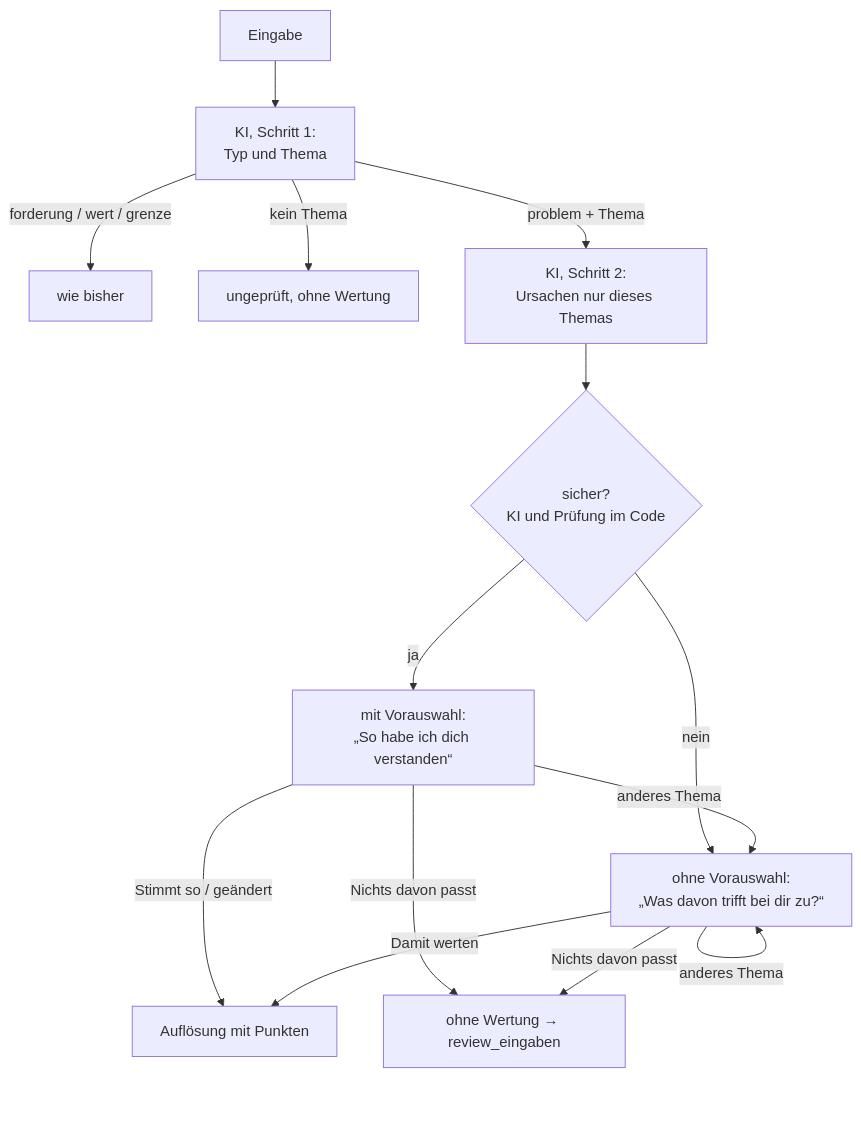
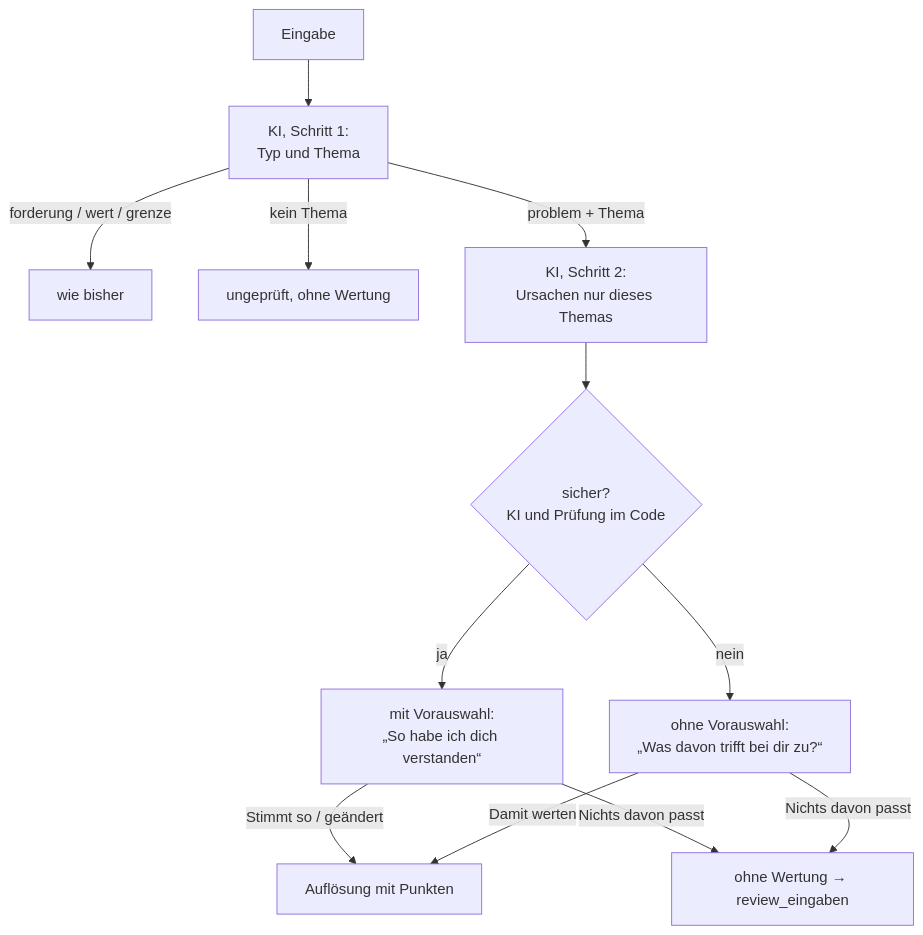
The diagram in docs/plan-zuordnung.md (politik-duell/politik-duell), drawn with Mermaid before and after one commit. The commit also changed other lines of this file and 7 other files, not shown here.

````diff
--- a/docs/plan-zuordnung.md
+++ b/docs/plan-zuordnung.md
@@ -114,16 +114,14 @@
 ```mermaid
 flowchart TD
     E[Eingabe] --> K1[KI, Schritt 1:<br/>Typ und Thema]
     K1 -->|forderung / wert / grenze| W[wie bisher]
     K1 -->|kein Thema| U[ungeprüft, ohne Wertung]
     K1 -->|problem + Thema| K2[KI, Schritt 2:<br/>Ursachen nur dieses Themas]
     K2 --> P{sicher?<br/>KI und Prüfung im Code}
     P -->|ja| S["mit Vorauswahl:<br/>„So habe ich dich verstanden“"]
     P -->|nein| B["ohne Vorauswahl:<br/>„Was davon trifft bei dir zu?“"]
     S -->|Stimmt so / geändert| A[Auflösung mit Punkten]
-    S -->|anderes Thema| B
     S -->|Nichts davon passt| R
     B -->|Damit werten| A
-    B -->|anderes Thema| B
     B -->|Nichts davon passt| R[ohne Wertung → review_eingaben]
 ```
````
